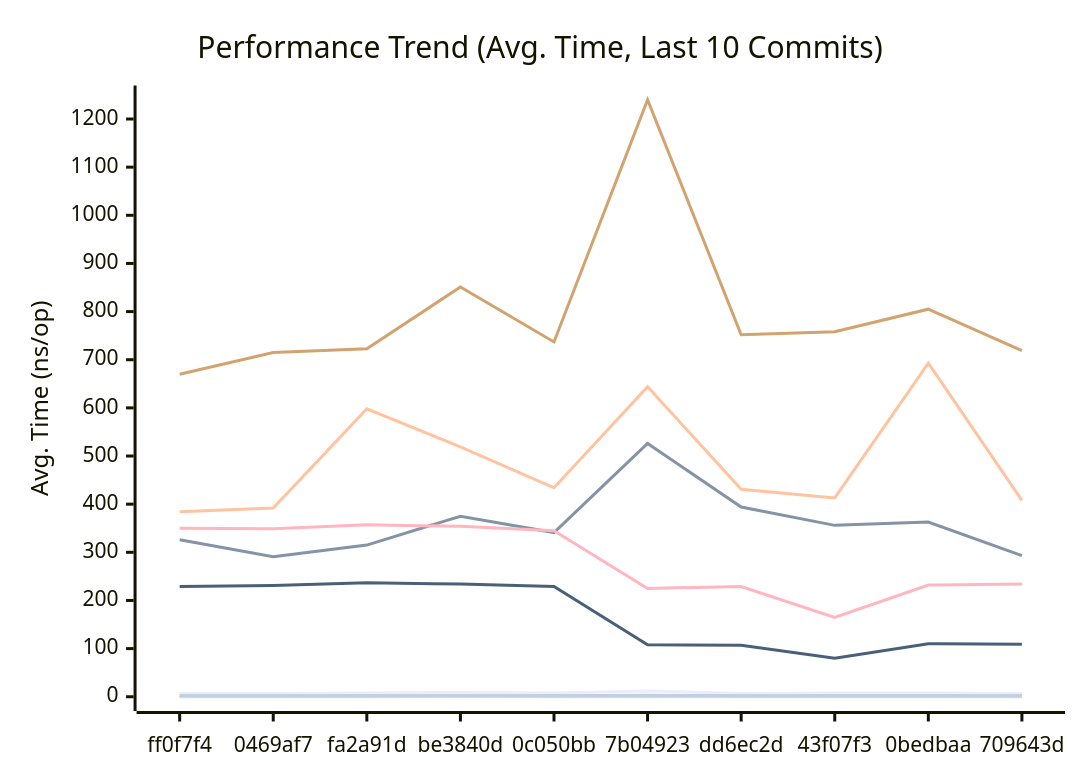
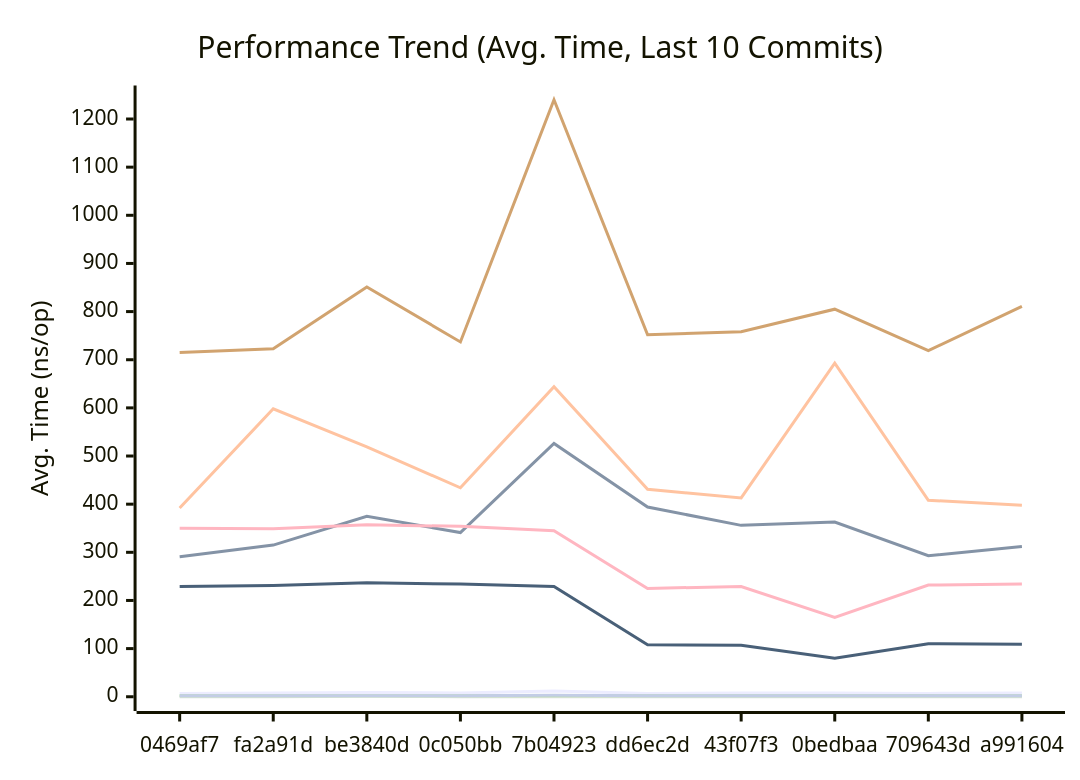
The first of 3 diagrams in docs/PERFORMANCE.md (alsotoes/momo), drawn with Mermaid before and after one commit. The commit also changed other lines of this file and 3 other files, not shown here.

````diff
--- a/docs/PERFORMANCE.md
+++ b/docs/PERFORMANCE.md
@@ -80,16 +80,16 @@
 ```mermaid
 xychart-beta
     title "Performance Trend (Avg. Time, Last 10 Commits)"
     x-axis "Commit"
     y-axis "Avg. Time (ns/op)"
-    x-axis [ff0f7f4,0469af7,fa2a91d,be3840d,0c050bb,7b04923,dd6ec2d,43f07f3,0bedbaa,709643d]
-    line "CheckMetricsAndSwap" [7,7,8,9,8,12,7,8,8,7]
-    line "CrushOptimized" [326,291,315,375,341,526,394,356,363,293]
-    line "CrushOriginal" [384,392,598,519,434,644,431,413,693,408]
-    line "IndexDirectTracking" [0,0,0,1,0,0,0,0,0,0]
+    x-axis [0469af7,fa2a91d,be3840d,0c050bb,7b04923,dd6ec2d,43f07f3,0bedbaa,709643d,a991604]
+    line "CheckMetricsAndSwap" [7,8,9,8,12,7,8,8,7,8]
+    line "CrushOptimized" [291,315,375,341,526,394,356,363,293,312]
+    line "CrushOriginal" [392,598,519,434,644,431,413,693,408,398]
+    line "IndexDirectTracking" [0,0,1,0,0,0,0,0,0,0]
     line "IndexSearch" [2,2,2,2,2,2,2,2,2,2]
-    line "LoadGlobalConfig" [670,715,723,851,737,1240,752,758,805,719]
-    line "PadString" [2,2,2,2,2,3,2,2,2,2]
+    line "LoadGlobalConfig" [715,723,851,737,1240,752,758,805,719,811]
+    line "PadString" [2,2,2,2,3,2,2,2,2,2]
     line "ParseReplicationOrder_NoPrealloc" [350,349,357,354,345,225,229,165,232,234]
     line "ParseReplicationOrder_Prealloc" [229,231,237,234,229,108,107,80,110,109]
 ```
````
